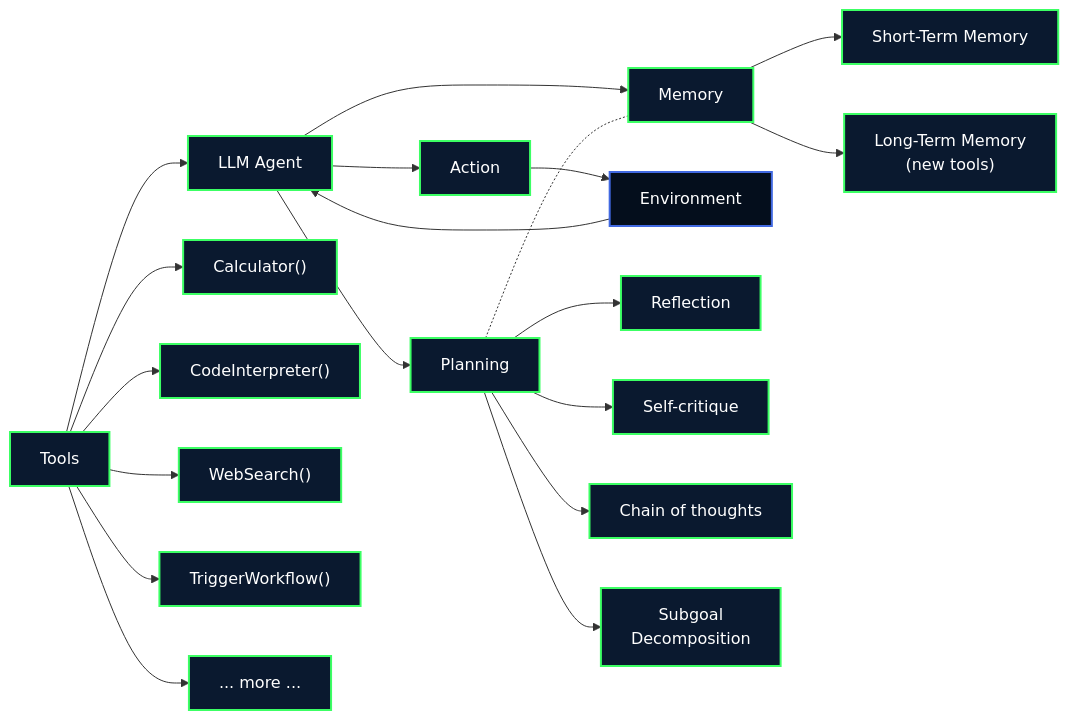
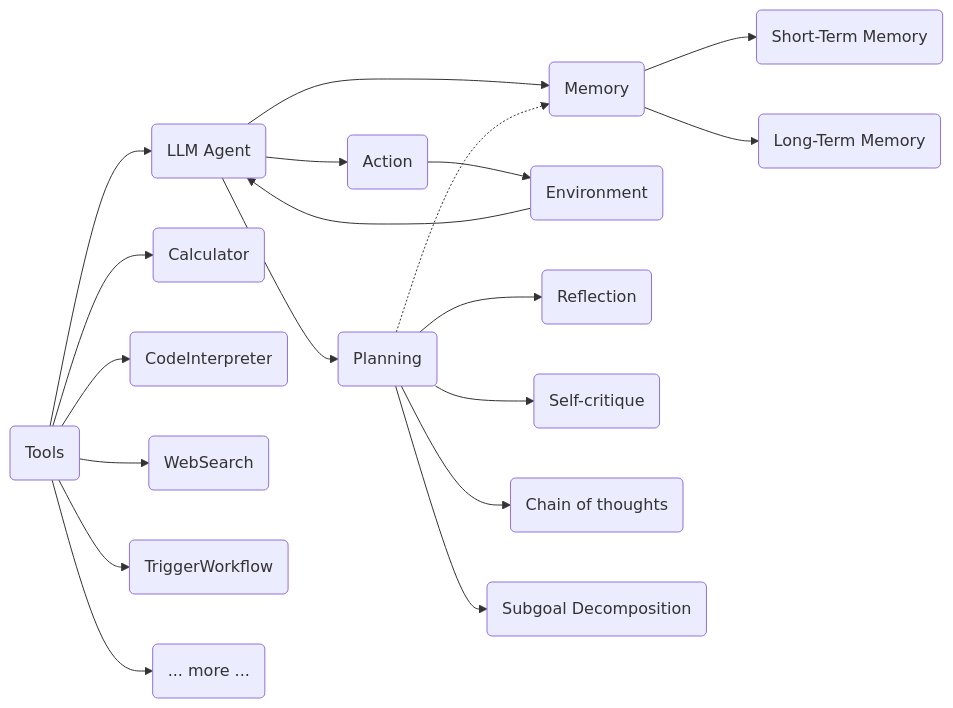
One commit to berwingan/berwingan.github.io changed the diagram in content/Machine Learning/Large Language Model Agents.md. Above: the diagram before and after it, drawn with Mermaid. The commit also changed other lines of this file, not shown here.

Commit message:
Quartz sync: Oct 24, 2024, 10:50 PM

````diff
--- a/content/Machine Learning/Large Language Model Agents.md
+++ b/content/Machine Learning/Large Language Model Agents.md
@@ -464,55 +464,44 @@
 ```mermaid
 graph LR
-    LLM["LLM Agent"]
-    Tools["Tools"]
-    Mem["Memory"]
-    Plan["Planning"]
-    Act["Action"]
-    Env["Environment"]
-    STM["Short-Term Memory"]
-    LTM["Long-Term Memory\n(new tools)"]
-    Ref["Reflection"]
-    Self["Self-critique"]
-    Chain["Chain of thoughts"]
-    Sub["Subgoal\nDecomposition"]
+    LLM(LLM Agent)
+    Tools(Tools)
+    Mem(Memory)
+    Plan(Planning)
+    Act(Action)
+    Env(Environment)
+    STM(Short-Term Memory)
+    LTM(Long-Term Memory)
+    Ref(Reflection)
+    Self(Self-critique)
+    Chain(Chain of thoughts)
+    Sub(Subgoal Decomposition)
     
-    %% Tool items
-    Calc["Calculator()"]
-    Code["CodeInterpreter()"]
-    Web["WebSearch()"]
-    Trig["TriggerWorkflow()"]
-    More["... more ..."]
+    Calc(Calculator)
+    Code(CodeInterpreter)
+    Web(WebSearch)
+    Trig(TriggerWorkflow)
+    More(... more ...)
     
-    %% Main connections
     LLM --> Mem
     LLM --> Plan
     LLM --> Act
     Tools --> LLM
     
-    %% Memory connections
     Mem --> STM
     Mem --> LTM
     
-    %% Tool connections
     Tools --> Calc
     Tools --> Code
     Tools --> Web
     Tools --> Trig
     Tools --> More
     
-    %% Planning and Environment connections
     Plan --> Ref
     Plan --> Self
     Plan --> Chain
     Plan --> Sub
     Act --> Env
     Env --> LLM
     
-    %% Styling
-    classDef default fill:#0A192F,stroke:#3CFF64,stroke-width:2px,color:#fff
-    classDef envClass fill:#040E1C,stroke:#4169E1,stroke-width:2px,color:#fff
-    class Env envClass
-    
-    %% Optional dotted line
-    Plan -.- Mem
+    Plan -.-> Mem
 ```
````
